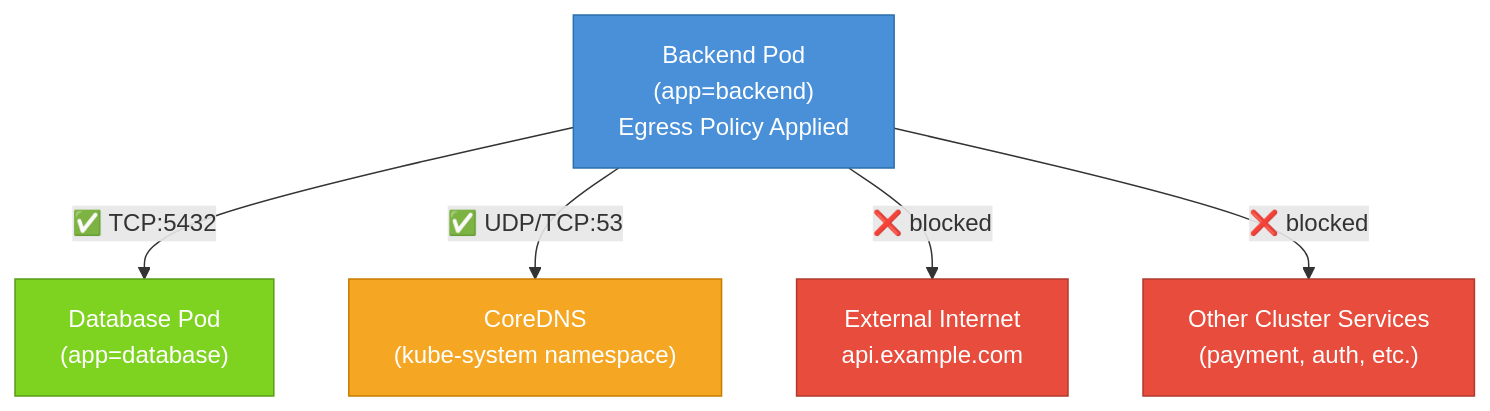
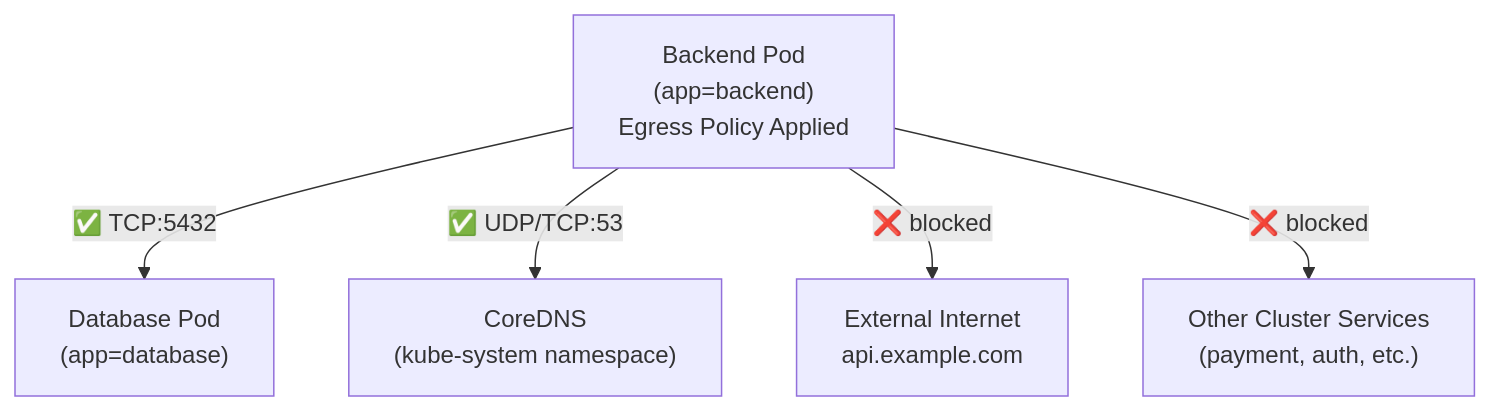
Before and after one commit to Antoine-Flo/kube-mastery: the diagram in src/courses/modules/network-policies/04-egress-rules/en/content.md, drawn with Mermaid. The commit also changed 21 other files, not shown here.

Commit message:
remove diagram styles

````diff
--- a/src/courses/modules/network-policies/04-egress-rules/en/content.md
+++ b/src/courses/modules/network-policies/04-egress-rules/en/content.md
@@ -79,15 +79,9 @@
 ```mermaid
 graph TD
     B["Backend Pod\n(app=backend)\nEgress Policy Applied"]
 
     B -->|"✅ TCP:5432"| DB["Database Pod\n(app=database)"]
     B -->|"✅ UDP/TCP:53"| DNS["CoreDNS\n(kube-system namespace)"]
     B -->|"❌ blocked"| EXT["External Internet\napi.example.com"]
     B -->|"❌ blocked"| OTHER["Other Cluster Services\n(payment, auth, etc.)"]
-
-    style B fill:#4A90D9,color:#fff,stroke:#2c6fad
-    style DB fill:#7ED321,color:#fff,stroke:#5a9c18
-    style DNS fill:#F5A623,color:#fff,stroke:#c77d00
-    style EXT fill:#E74C3C,color:#fff,stroke:#b03a2e
-    style OTHER fill:#E74C3C,color:#fff,stroke:#b03a2e
 ```
````
